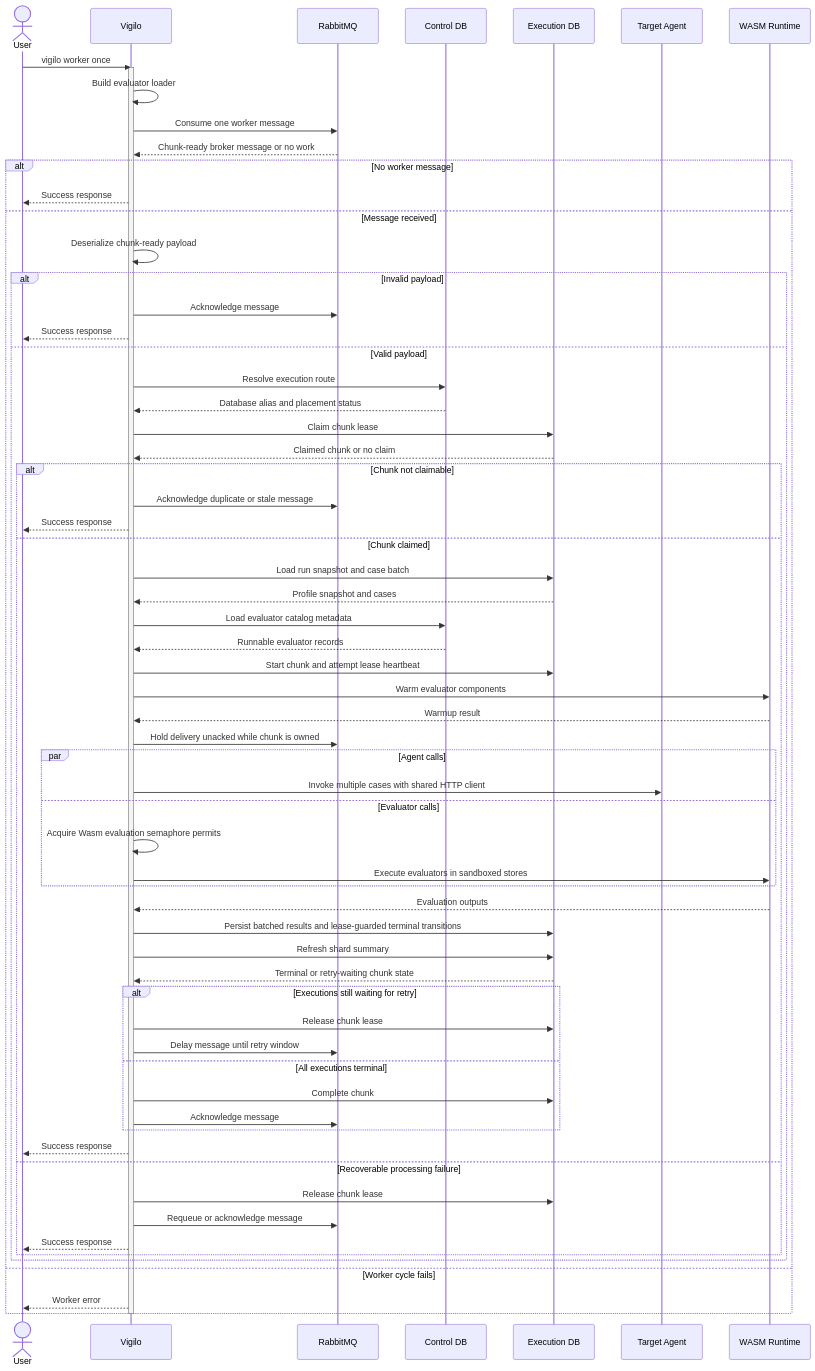
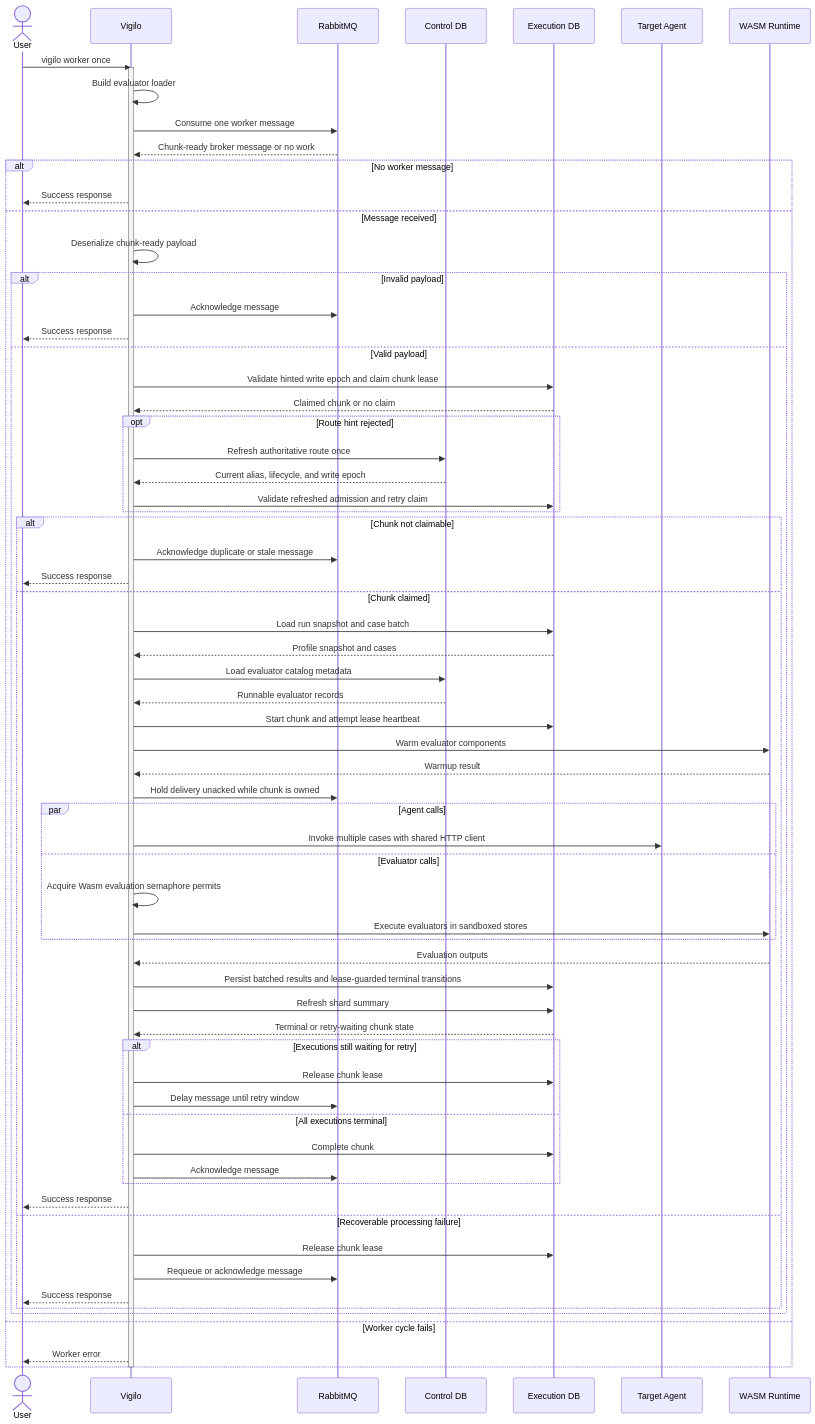
Before and after one commit to gregl83/agent-vigilo: the diagram in web/docs/architecture/flows/worker/once/execution-flow.mmd, drawn with Mermaid. The commit also changed 31 other files, not shown here.

```diff
--- a/web/docs/architecture/flows/worker/once/execution-flow.mmd
+++ b/web/docs/architecture/flows/worker/once/execution-flow.mmd
@@ -1,76 +1,80 @@
 ---
 config:
   flowchart:
     nodeSpacing: 150
     rankSpacing: 80
   themeVariables:
     edgeLabelBackground: 'transparent'
 ---
 sequenceDiagram
     actor User
     participant Vigilo
     participant Queue as RabbitMQ
     participant ControlDB as Control DB
     participant ExecutionDB as Execution DB
     participant Agent as Target Agent
     participant WASM as WASM Runtime
 
     User->>Vigilo: vigilo worker once
     activate Vigilo
     Vigilo->>Vigilo: Build evaluator loader
     Vigilo->>Queue: Consume one worker message
     Queue-->>Vigilo: Chunk-ready broker message or no work
 
     alt No worker message
         Vigilo-->>User: Success response
     else Message received
         Vigilo->>Vigilo: Deserialize chunk-ready payload
         alt Invalid payload
             Vigilo->>Queue: Acknowledge message
             Vigilo-->>User: Success response
         else Valid payload
-            Vigilo->>ControlDB: Resolve execution route
-            ControlDB-->>Vigilo: Database alias and placement status
-            Vigilo->>ExecutionDB: Claim chunk lease
+            Vigilo->>ExecutionDB: Validate hinted write epoch and claim chunk lease
             ExecutionDB-->>Vigilo: Claimed chunk or no claim
+
+            opt Route hint rejected
+                Vigilo->>ControlDB: Refresh authoritative route once
+                ControlDB-->>Vigilo: Current alias, lifecycle, and write epoch
+                Vigilo->>ExecutionDB: Validate refreshed admission and retry claim
+            end
 
             alt Chunk not claimable
                 Vigilo->>Queue: Acknowledge duplicate or stale message
                 Vigilo-->>User: Success response
             else Chunk claimed
                 Vigilo->>ExecutionDB: Load run snapshot and case batch
                 ExecutionDB-->>Vigilo: Profile snapshot and cases
                 Vigilo->>ControlDB: Load evaluator catalog metadata
                 ControlDB-->>Vigilo: Runnable evaluator records
                 Vigilo->>ExecutionDB: Start chunk and attempt lease heartbeat
                 Vigilo->>WASM: Warm evaluator components
                 WASM-->>Vigilo: Warmup result
                 Vigilo->>Queue: Hold delivery unacked while chunk is owned
                 par Agent calls
                     Vigilo->>Agent: Invoke multiple cases with shared HTTP client
                 and Evaluator calls
                     Vigilo->>Vigilo: Acquire Wasm evaluation semaphore permits
                     Vigilo->>WASM: Execute evaluators in sandboxed stores
                 end
                 WASM-->>Vigilo: Evaluation outputs
                 Vigilo->>ExecutionDB: Persist batched results and lease-guarded terminal transitions
                 Vigilo->>ExecutionDB: Refresh shard summary
                 ExecutionDB-->>Vigilo: Terminal or retry-waiting chunk state
                 alt Executions still waiting for retry
                     Vigilo->>ExecutionDB: Release chunk lease
                     Vigilo->>Queue: Delay message until retry window
                 else All executions terminal
                     Vigilo->>ExecutionDB: Complete chunk
                     Vigilo->>Queue: Acknowledge message
                 end
                 Vigilo-->>User: Success response
             else Recoverable processing failure
                 Vigilo->>ExecutionDB: Release chunk lease
                 Vigilo->>Queue: Requeue or acknowledge message
                 Vigilo-->>User: Success response
             end
         end
     else Worker cycle fails
         Vigilo-->>User: Worker error
     end
     deactivate Vigilo
```
